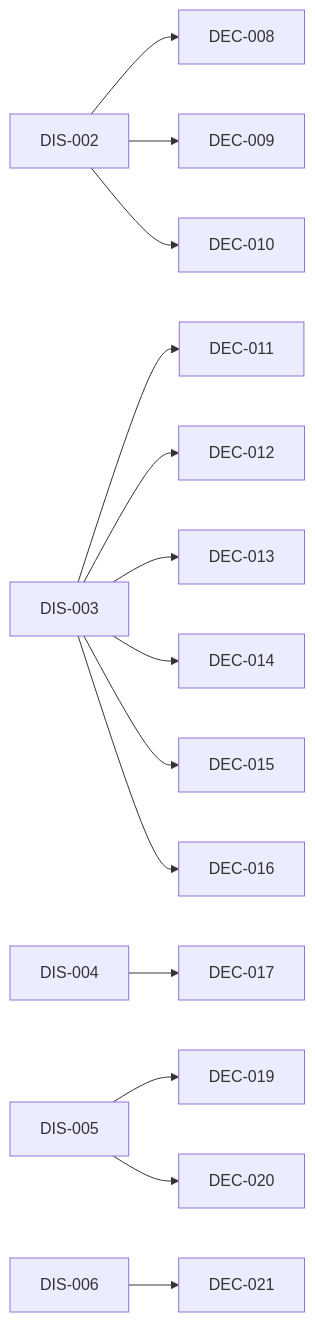
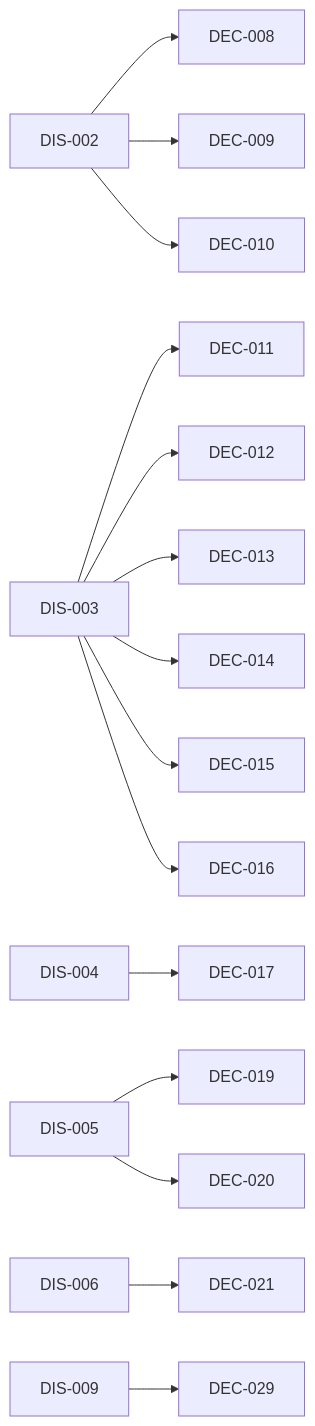
One commit to amartis/sonoai_research_notes changed the diagram in INDEX.md. Above: the diagram before and after it, drawn with Mermaid. The commit also changed other lines of this file and 3 other files, not shown here.

First line of the commit message:
Add DIS-009, DEC-029, DEC-030 (proposed); fix index check

````diff
--- a/INDEX.md
+++ b/INDEX.md
@@ -55,16 +59,17 @@
 ```mermaid
 flowchart LR
   DIS_002[DIS-002] --> DEC_008[DEC-008]
   DIS_002[DIS-002] --> DEC_009[DEC-009]
   DIS_002[DIS-002] --> DEC_010[DEC-010]
   DIS_003[DIS-003] --> DEC_011[DEC-011]
   DIS_003[DIS-003] --> DEC_012[DEC-012]
   DIS_003[DIS-003] --> DEC_013[DEC-013]
   DIS_003[DIS-003] --> DEC_014[DEC-014]
   DIS_003[DIS-003] --> DEC_015[DEC-015]
   DIS_003[DIS-003] --> DEC_016[DEC-016]
   DIS_004[DIS-004] --> DEC_017[DEC-017]
   DIS_005[DIS-005] --> DEC_019[DEC-019]
   DIS_005[DIS-005] --> DEC_020[DEC-020]
   DIS_006[DIS-006] --> DEC_021[DEC-021]
+  DIS_009[DIS-009] --> DEC_029[DEC-029]
 ```
````
